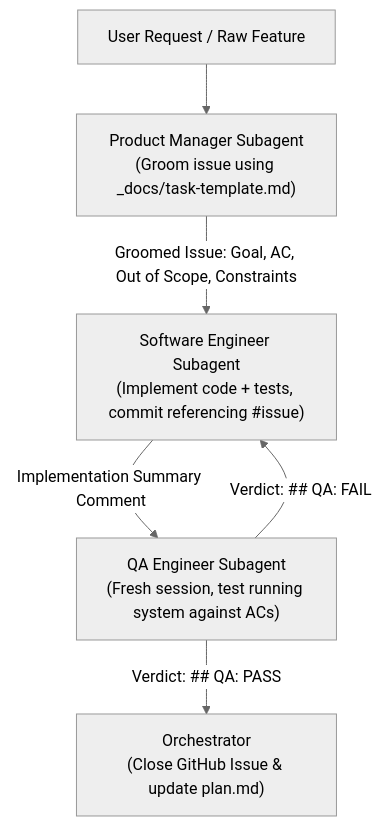
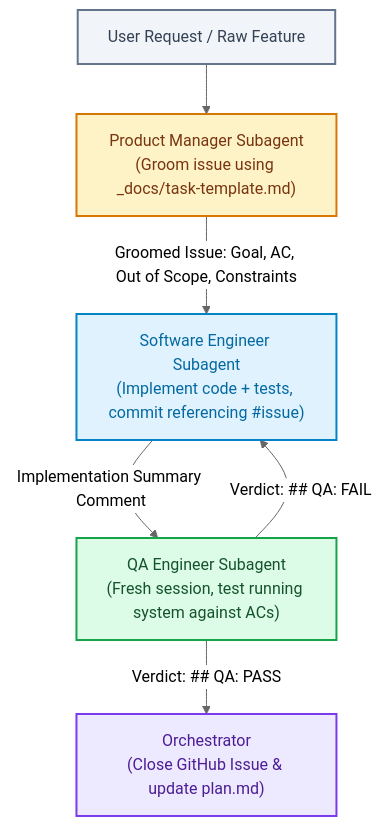
The second of 2 diagrams in README.md (gxobst/handover-copilot), drawn with Mermaid (neutral theme) before and after one commit. The commit also changed other lines of this file and 12 other files, not shown here.

Commit message:
docs: enrich READMEs with vivid Mermaid styling, screenshots, and alert callouts (#40)

````diff
--- a/README.md
+++ b/README.md
@@ -356,8 +400,14 @@
 ```mermaid
 flowchart TD
-    UserReq["User Request / Raw Feature"] --> PM["Product Manager Subagent\n(Groom issue using _docs/task-template.md)"]
-    PM -->|Groomed Issue: Goal, AC, Out of Scope, Constraints| SWE["Software Engineer Subagent\n(Implement code + tests, commit referencing #issue)"]
-    SWE -->|Implementation Summary Comment| QA["QA Engineer Subagent\n(Fresh session, test running system against ACs)"]
+    classDef userNode fill:#f1f5f9,stroke:#64748b,stroke-width:2px,color:#334155;
+    classDef pmNode fill:#fef3c7,stroke:#d97706,stroke-width:2px,color:#78350f;
+    classDef sweNode fill:#e0f2fe,stroke:#0284c7,stroke-width:2px,color:#0369a1;
+    classDef qaNode fill:#dcfce7,stroke:#16a34a,stroke-width:2px,color:#14532d;
+    classDef orchNode fill:#ede9fe,stroke:#7c3aed,stroke-width:2px,color:#4c1d95;
+
+    UserReq["User Request / Raw Feature"]:::userNode --> PM["Product Manager Subagent\n(Groom issue using _docs/task-template.md)"]:::pmNode
+    PM -->|Groomed Issue: Goal, AC, Out of Scope, Constraints| SWE["Software Engineer Subagent\n(Implement code + tests, commit referencing #issue)"]:::sweNode
+    SWE -->|Implementation Summary Comment| QA["QA Engineer Subagent\n(Fresh session, test running system against ACs)"]:::qaNode
     QA -->|Verdict: ## QA: FAIL| SWE
-    QA -->|Verdict: ## QA: PASS| Orch["Orchestrator\n(Close GitHub Issue & update plan.md)"]
+    QA -->|Verdict: ## QA: PASS| Orch["Orchestrator\n(Close GitHub Issue & update plan.md)"]:::orchNode
 ```
````
